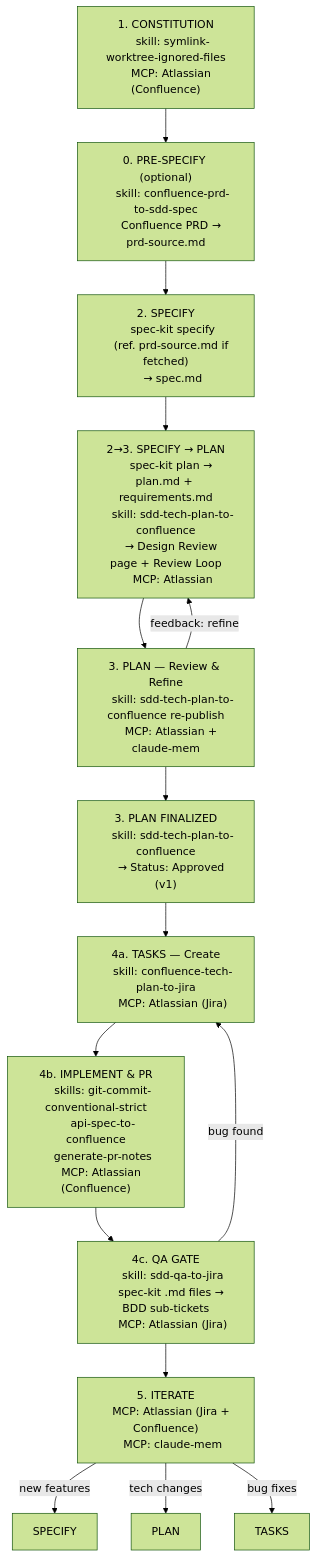
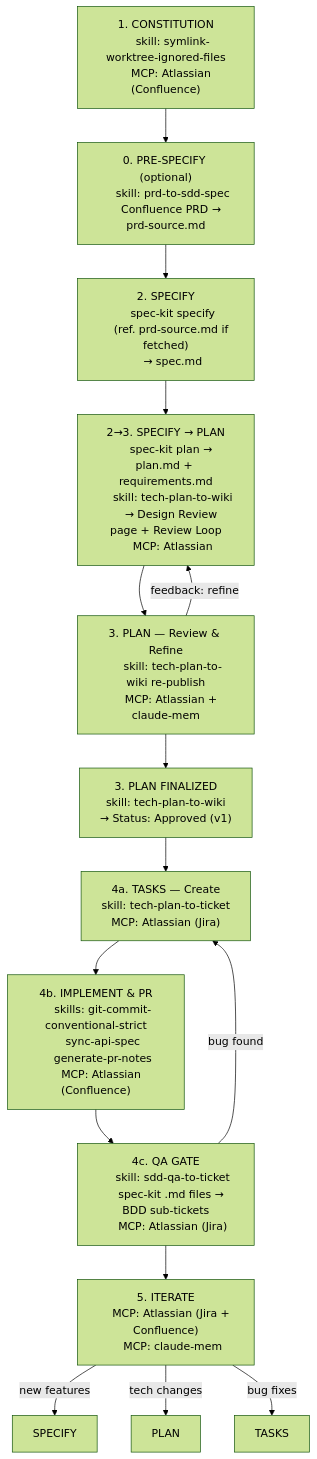
Before and after one commit to jamesyang124/agent-skills: the diagram in docs/sdd-skills-map.md, drawn with Mermaid (forest theme). The commit also changed other lines of this file and 10 other files, not shown here.

First line of the commit message:
docs(skills): 📝 sync READMEs and docs with updated skill names

````diff
--- a/docs/sdd-skills-map.md
+++ b/docs/sdd-skills-map.md
@@ -9,67 +9,67 @@
 ```mermaid
 graph TD
     P1["1. CONSTITUTION
     skill: symlink-worktree-ignored-files
     MCP: Atlassian (Confluence)"]
 
     P0["0. PRE-SPECIFY (optional)
-    skill: confluence-prd-to-sdd-spec
+    skill: prd-to-sdd-spec
     Confluence PRD → prd-source.md"]
 
     P2["2. SPECIFY
     spec-kit specify
     (ref. prd-source.md if fetched)
     → spec.md"]
 
     P3["2→3. SPECIFY → PLAN
     spec-kit plan → plan.md + requirements.md
-    skill: sdd-tech-plan-to-confluence
+    skill: tech-plan-to-wiki
     → Design Review page + Review Loop
     MCP: Atlassian"]
 
     P4["3. PLAN — Review & Refine
-    skill: sdd-tech-plan-to-confluence re-publish
+    skill: tech-plan-to-wiki re-publish
     MCP: Atlassian + claude-mem"]
 
     P4b["3. PLAN FINALIZED
-    skill: sdd-tech-plan-to-confluence
+    skill: tech-plan-to-wiki
     → Status: Approved (v1)"]
 
     P5a["4a. TASKS — Create
-    skill: confluence-tech-plan-to-jira
+    skill: tech-plan-to-ticket
     MCP: Atlassian (Jira)"]
 
     P5b["4b. IMPLEMENT & PR
     skills: git-commit-conventional-strict
-    api-spec-to-confluence
+    sync-api-spec
     generate-pr-notes
     MCP: Atlassian (Confluence)"]
 
     P5c["4c. QA GATE
-    skill: sdd-qa-to-jira
+    skill: sdd-qa-to-ticket
     spec-kit .md files → BDD sub-tickets
     MCP: Atlassian (Jira)"]
 
     P6["5. ITERATE
     MCP: Atlassian (Jira + Confluence)
     MCP: claude-mem"]
 
     SPECIFY["SPECIFY"]
     PLAN["PLAN"]
     TASKS["TASKS"]
 
     P1 --> P0
     P0 --> P2
     P2 --> P3
     P3 --> P4
     P4 -->|"feedback: refine"| P3
     P4 --> P4b
     P4b --> P5a
     P5a --> P5b
     P5b --> P5c
     P5c -->|"bug found"| P5a
     P5c --> P6
     P6 -->|"new features"| SPECIFY
     P6 -->|"tech changes"| PLAN
     P6 -->|"bug fixes"| TASKS
 ```
````
